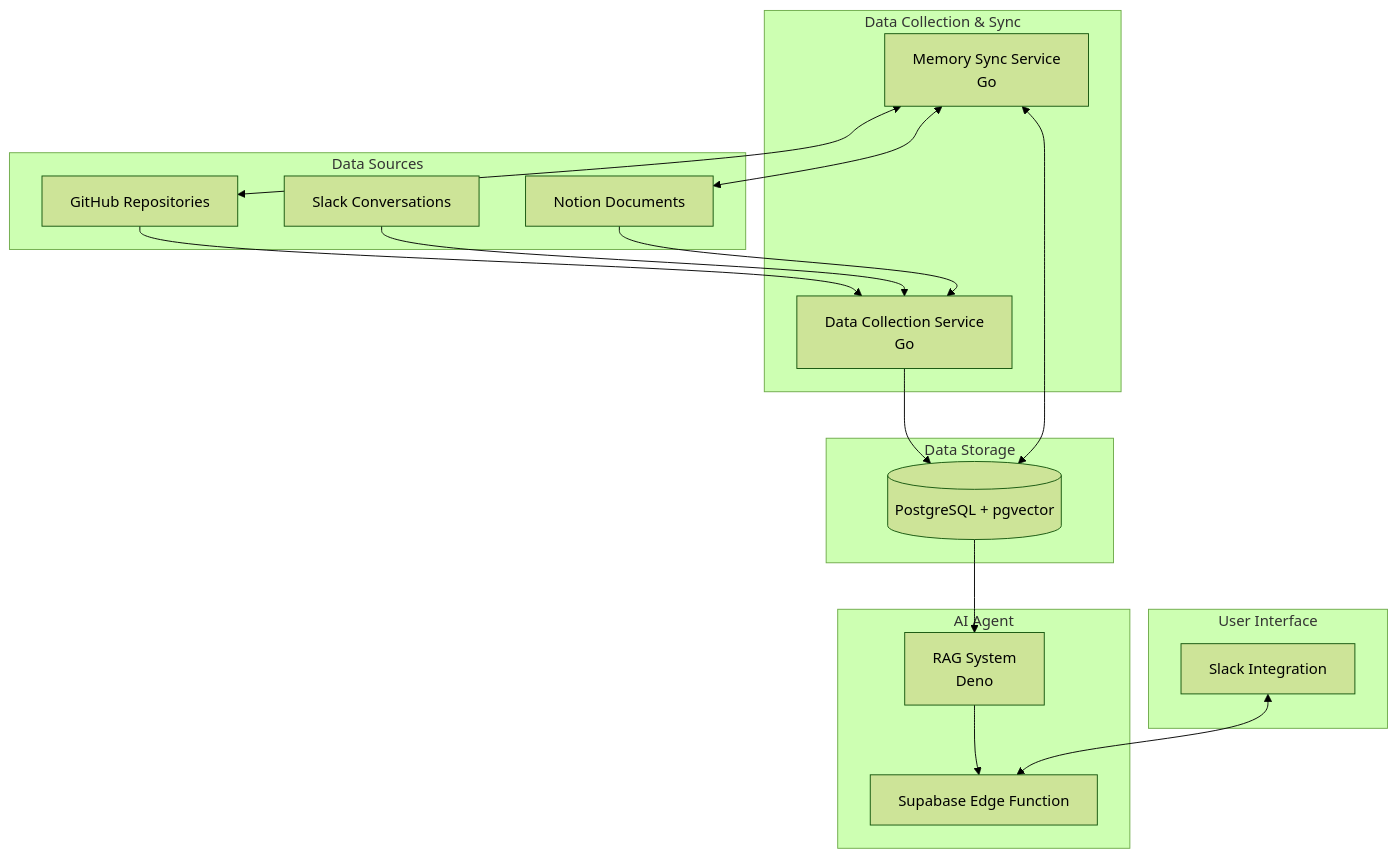
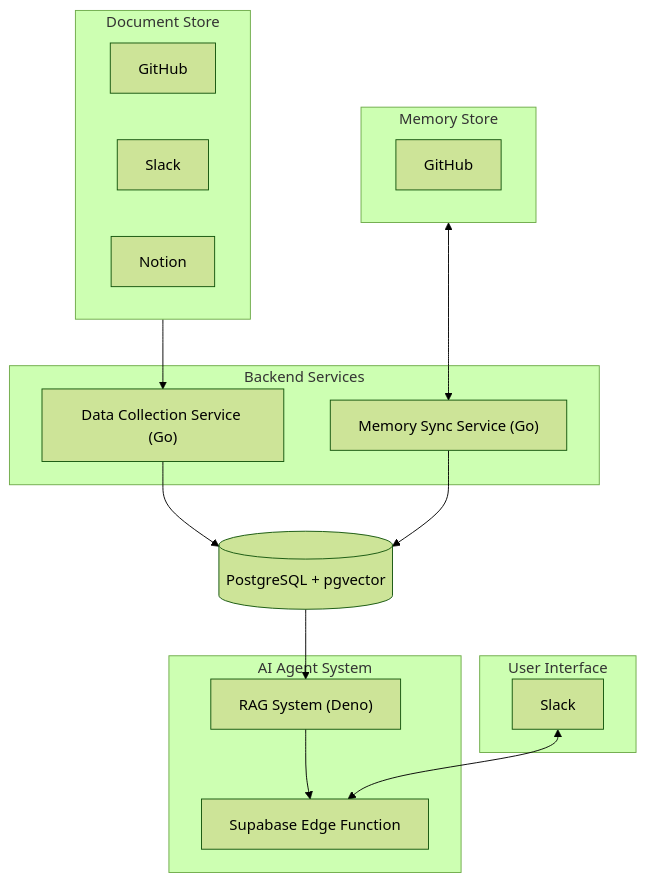
Before and after one commit to bonyuta0204/personal-agent: the diagram in README.md, drawn with Mermaid (forest theme).

````diff
--- a/README.md
+++ b/README.md
@@ -17,42 +17,42 @@
 ```mermaid
 flowchart TD
-    subgraph "Data Sources"
-        GitHub[GitHub Repositories]
-        Slack[Slack Conversations]
-        Notion[Notion Documents]
+    %% Data sources and storage
+    subgraph DocumentStore["Document Store"]
+        GitHub["GitHub"]
+        Slack["Slack"]
+        Notion["Notion"]
+    end
+    
+    subgraph MemoryStore["Memory Store"]
+        GitHubMemory["GitHub"]
+    end
+    
+    %% Backend services
+    subgraph BackendServices["Backend Services"]
+        Collector["Data Collection Service (Go)"]
+        SyncService["Memory Sync Service (Go)"]
     end
 
-    subgraph "Data Collection & Sync"
-        Collector[Data Collection Service
-Go]
-        SyncService[Memory Sync Service
-Go]
+    %% Database
+    DB[("PostgreSQL + pgvector")]
+    
+    %% AI components
+    subgraph AgentSystem["AI Agent System"]
+        RAG["RAG System (Deno)"]
+        EdgeFunction["Supabase Edge Function"]
     end
-
-    subgraph "Data Storage"
-        DB[(PostgreSQL + pgvector)]
+    
+    %% User interface
+    subgraph UserInterface["User Interface"]
+        SlackApp["Slack"]
     end
-
-    subgraph "AI Agent"
-        RAG[RAG System
-Deno]
-        EdgeFunction[Supabase Edge Function]
-    end
-
-    subgraph "User Interface"
-        SlackApp[Slack Integration]
-    end
-
-    GitHub --> Collector
-    Slack --> Collector
-    Notion --> Collector
     
+    %% Data flow connections
+    DocumentStore --> Collector
     Collector --> DB
-    SyncService <--> DB
-    SyncService <--> GitHub
-    SyncService <--> Notion
-    
+    MemoryStore <--> SyncService
+    SyncService --> DB
     DB --> RAG
     RAG --> EdgeFunction
     SlackApp <--> EdgeFunction
 ```
````
